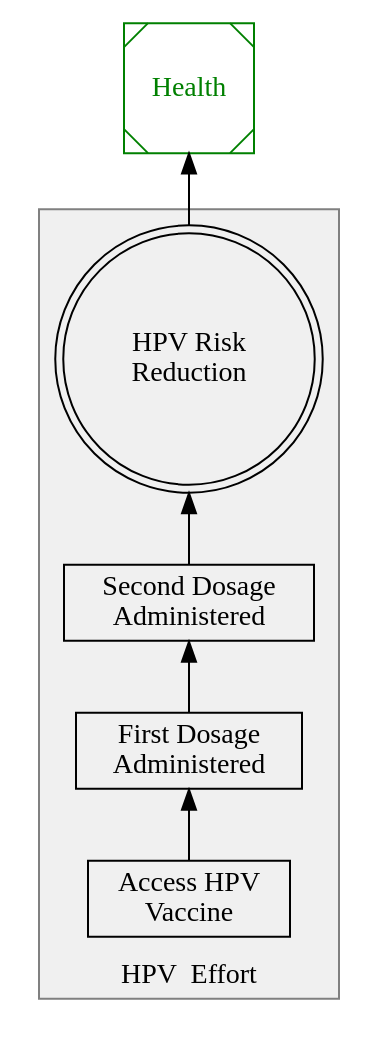
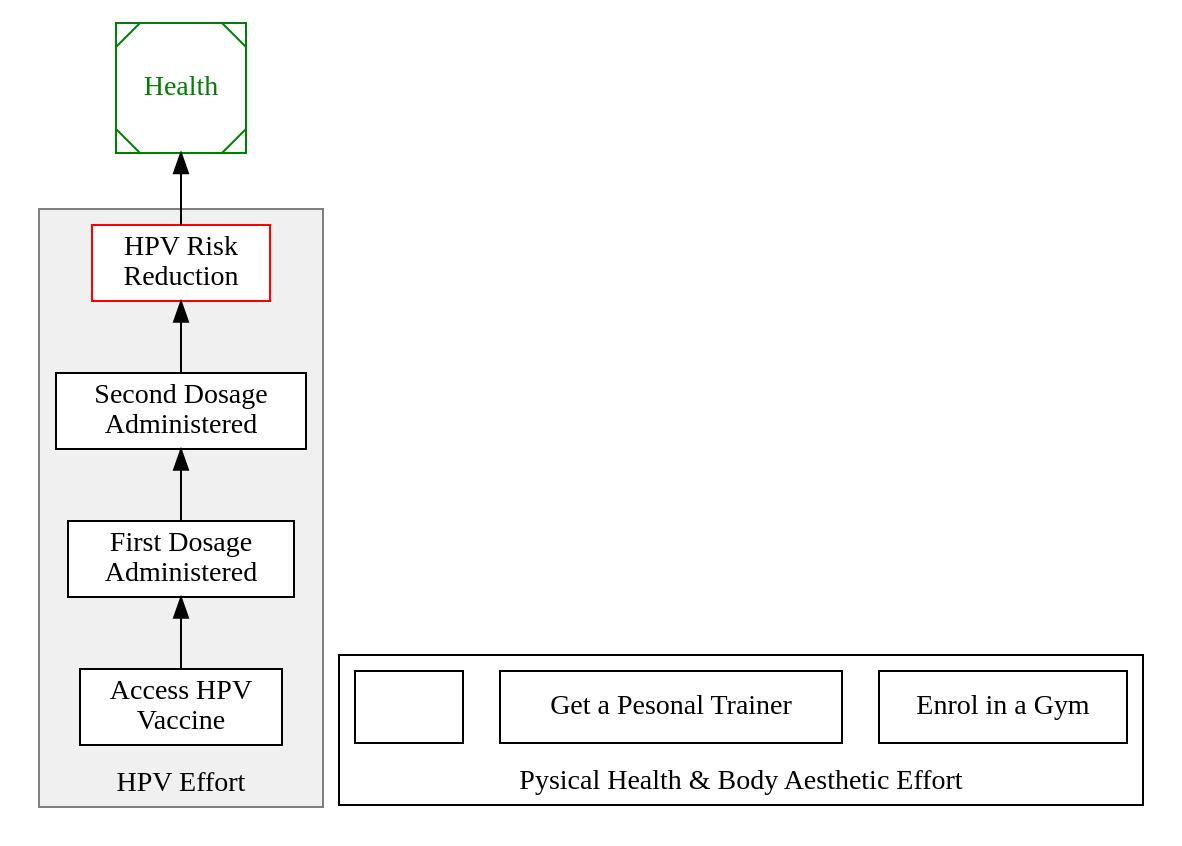
The diagram in Health_P2.dot (igor-mitrovic/Planning), drawn with Graphviz before and after one commit.

Commit message:
add Physical Health clustere

```diff
--- a/Health_P2.dot
+++ b/Health_P2.dot
@@ -1,23 +1,43 @@
 digraph Health{
     rankdir=BT //Organise root node in desirable orientation
 
     // Health root node (outside cluster)
     Health [shape=Msquare color=green fontcolor=green];
     Health [root="true"]
 
+
+    // Graph for HPV Effort
     subgraph cluster_HPV_Effort{
-        label="HPV  Effort"
+
+        // Set local nodal style
+        node [style=filled, fillcolor=white]
+
+        label="HPV Effort"
         labeljust="c"
         style="filled"
         color=gray
         fillcolor="#f0f0f0"
-
         HPVStartNode [label = "Access HPV\nVaccine"] [shape=box]
         HPVNode2 [label = "First Dosage\nAdministered"] [shape=box]
         HPVNode3 [label = "Second Dosage\nAdministered"] [shape=box]
-        HPVTerminalNode [label="HPV Risk\nReduction"] [shape=doublecircle]
+        HPVTerminalNode [label="HPV Risk\nReduction"] [shape=box] [color=red]
         HPVStartNode->HPVNode2->HPVNode3->HPVTerminalNode
+    }   
+
+    subgraph cluster_Body_Focus{
+        label="Pysical Health & Body Aesthetic Effort"
+        
+        BFStart [label="Enrol in a Gym"] [shape=box]
+        BFPTNode [label="Get a Pesonal Trainer"] [shape=box]
+        BFNode1 [label=""] [shape=box]
+
     }
 
+    subgraph cluster_Supplement_Creation_Effort {
+        label=""
+    }
+
+    // Effort connection to a pillar
     HPVTerminalNode ->Health
+
 }
```
